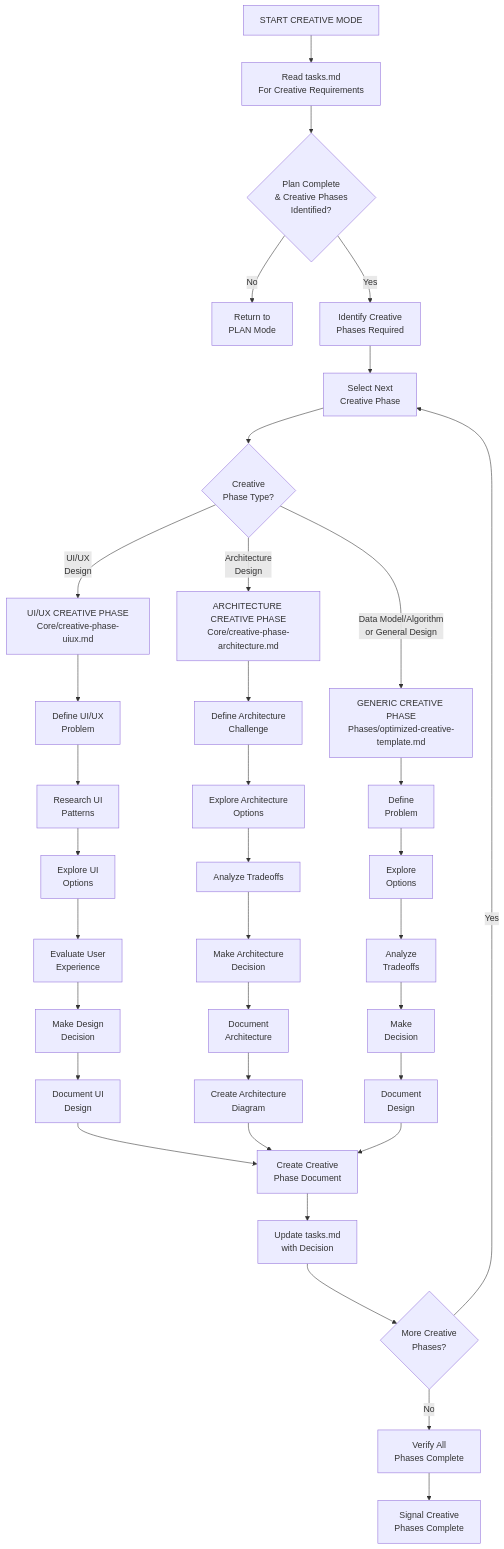
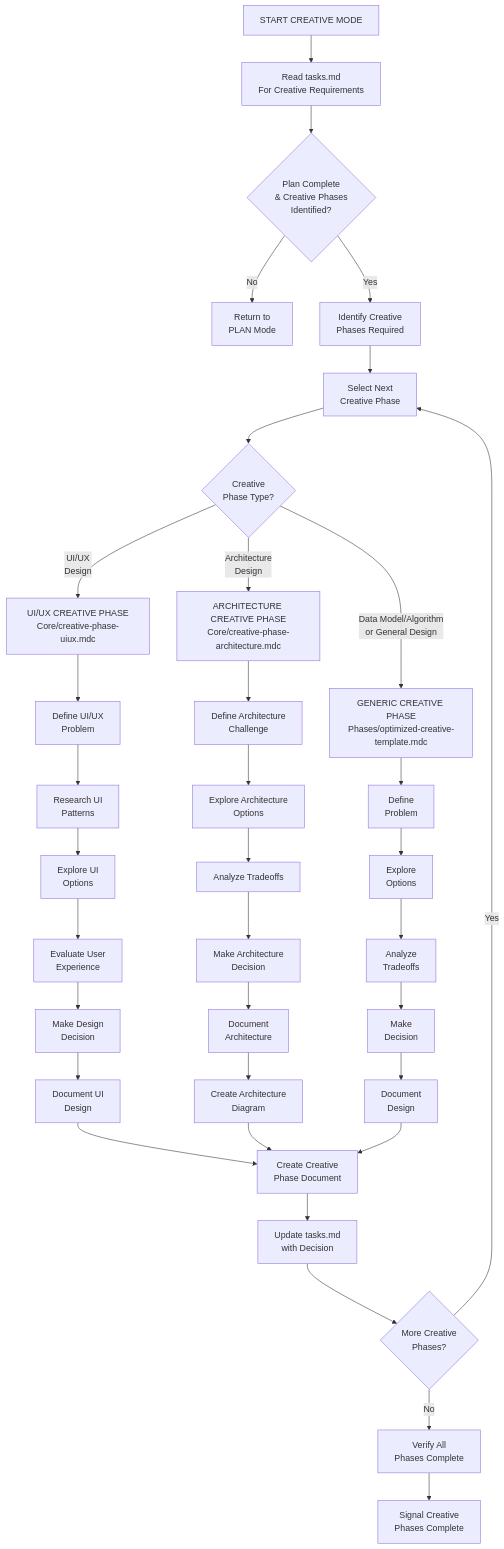
The first of 4 diagrams in rulesets/niko/niko/visual-maps/creative-mode-map.mdc (Texarkanine/.cursor-rules), drawn with Mermaid before and after one commit. The commit also changed other lines of this file and 16 other files, not shown here.

````diff
--- a/rulesets/niko/niko/visual-maps/creative-mode-map.mdc
+++ b/rulesets/niko/niko/visual-maps/creative-mode-map.mdc
@@ -13,49 +13,49 @@
 ```mermaid
 graph TD
     Start["START CREATIVE MODE"] --> ReadTasks["Read tasks.md<br>For Creative Requirements"]
     
     %% Initial Assessment
     ReadTasks --> VerifyPlan{"Plan Complete<br>& Creative Phases<br>Identified?"}
     VerifyPlan -->|"No"| ReturnPlan["Return to<br>PLAN Mode"]
     VerifyPlan -->|"Yes"| IdentifyPhases["Identify Creative<br>Phases Required"]
     
     %% Creative Phase Selection
     IdentifyPhases --> SelectPhase["Select Next<br>Creative Phase"]
     SelectPhase --> PhaseType{"Creative<br>Phase Type?"}
     
     %% Creative Phase Types
-    PhaseType -->|"UI/UX<br>Design"| UIPhase["UI/UX CREATIVE PHASE<br>Core/creative-phase-uiux.md"]
-    PhaseType -->|"Architecture<br>Design"| ArchPhase["ARCHITECTURE CREATIVE PHASE<br>Core/creative-phase-architecture.md"]
-    PhaseType -->|"Data Model/Algorithm<br>or General Design"| GenericPhase["GENERIC CREATIVE PHASE<br>Phases/optimized-creative-template.md"]
+    PhaseType -->|"UI/UX<br>Design"| UIPhase["UI/UX CREATIVE PHASE<br>Core/creative-phase-uiux.mdc"]
+    PhaseType -->|"Architecture<br>Design"| ArchPhase["ARCHITECTURE CREATIVE PHASE<br>Core/creative-phase-architecture.mdc"]
+    PhaseType -->|"Data Model/Algorithm<br>or General Design"| GenericPhase["GENERIC CREATIVE PHASE<br>Phases/optimized-creative-template.mdc"]
     
     %% UI/UX Creative Phase
     UIPhase --> UI_Problem["Define UI/UX<br>Problem"]
     UI_Problem --> UI_Research["Research UI<br>Patterns"]
     UI_Research --> UI_Options["Explore UI<br>Options"]
     UI_Options --> UI_Evaluate["Evaluate User<br>Experience"]
     UI_Evaluate --> UI_Decision["Make Design<br>Decision"]
     UI_Decision --> UI_Document["Document UI<br>Design"]
     
     %% Architecture Creative Phase
     ArchPhase --> Arch_Problem["Define Architecture<br>Challenge"]
     Arch_Problem --> Arch_Options["Explore Architecture<br>Options"]
     Arch_Options --> Arch_Analyze["Analyze Tradeoffs"]
     Arch_Analyze --> Arch_Decision["Make Architecture<br>Decision"]
     Arch_Decision --> Arch_Document["Document<br>Architecture"]
     Arch_Document --> Arch_Diagram["Create Architecture<br>Diagram"]
     
     %% Generic Creative Phase (for Data Model, Algorithm, or other design types)
     GenericPhase --> Generic_Problem["Define<br>Problem"]
     Generic_Problem --> Generic_Options["Explore<br>Options"]
     Generic_Options --> Generic_Analyze["Analyze<br>Tradeoffs"]
     Generic_Analyze --> Generic_Decision["Make<br>Decision"]
     Generic_Decision --> Generic_Document["Document<br>Design"]
     
     %% Documentation & Completion
     UI_Document & Arch_Diagram & Generic_Document --> CreateDoc["Create Creative<br>Phase Document"]
     CreateDoc --> UpdateTasks["Update tasks.md<br>with Decision"]
     UpdateTasks --> MorePhases{"More Creative<br>Phases?"}
     MorePhases -->|"Yes"| SelectPhase
     MorePhases -->|"No"| VerifyComplete["Verify All<br>Phases Complete"]
     VerifyComplete --> NotifyComplete["Signal Creative<br>Phases Complete"]
 ```
````
